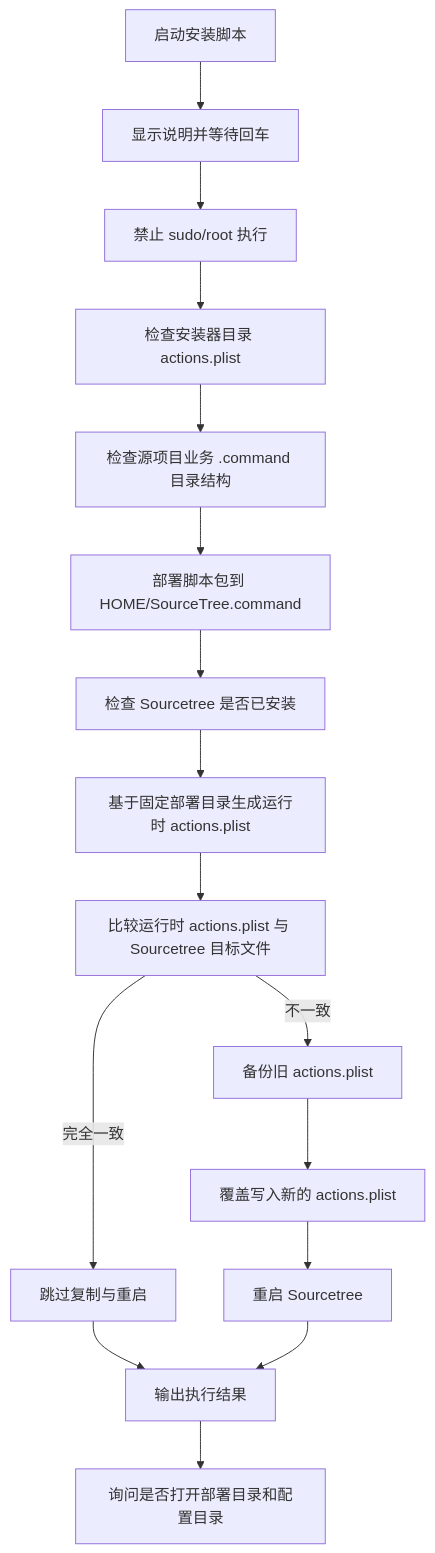
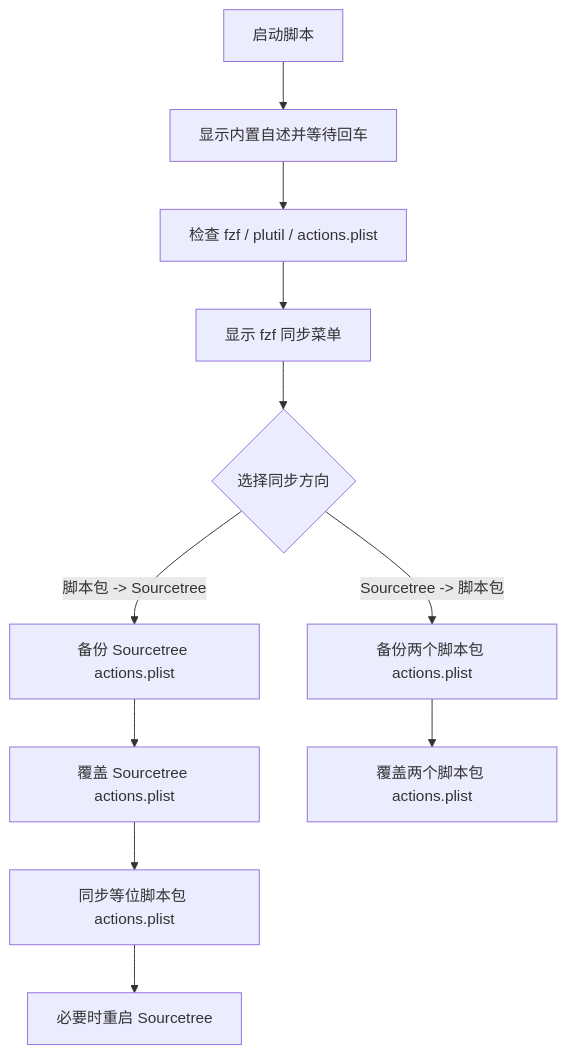
The diagram in 【MacOS】安装SourceTree自定义菜单.command/README.md (JobsKits/SourceTree.sh), drawn with Mermaid before and after one commit. The commit also changed other lines of this file and 4 other files, not shown here.

````diff
--- a/【MacOS】安装SourceTree自定义菜单.command/README.md
+++ b/【MacOS】安装SourceTree自定义菜单.command/README.md
@@ -176,18 +93,13 @@
 ```mermaid
 flowchart TD
-    A[启动安装脚本] --> B[显示说明并等待回车]
-    B --> C[禁止 sudo/root 执行]
-    C --> D[检查安装器目录 actions.plist]
-    D --> E[检查源项目业务 .command 目录结构]
-    E --> F[部署脚本包到 HOME/SourceTree.command]
-    F --> G[检查 Sourcetree 是否已安装]
-    G --> H[基于固定部署目录生成运行时 actions.plist]
-    H --> I[比较运行时 actions.plist 与 Sourcetree 目标文件]
-    I -->|完全一致| J[跳过复制与重启]
-    I -->|不一致| K[备份旧 actions.plist]
-    K --> L[覆盖写入新的 actions.plist]
-    L --> M[重启 Sourcetree]
-    J --> N[输出执行结果]
-    M --> N
-    N --> O[询问是否打开部署目录和配置目录]
+    A[启动脚本] --> B[显示内置自述并等待回车]
+    B --> C[检查 fzf / plutil / actions.plist]
+    C --> D[显示 fzf 同步菜单]
+    D --> E{选择同步方向}
+    E -->|脚本包 -> Sourcetree| F[备份 Sourcetree actions.plist]
+    F --> G[覆盖 Sourcetree actions.plist]
+    G --> H[同步等位脚本包 actions.plist]
+    H --> I[必要时重启 Sourcetree]
+    E -->|Sourcetree -> 脚本包| J[备份两个脚本包 actions.plist]
+    J --> K[覆盖两个脚本包 actions.plist]
 ```
````
